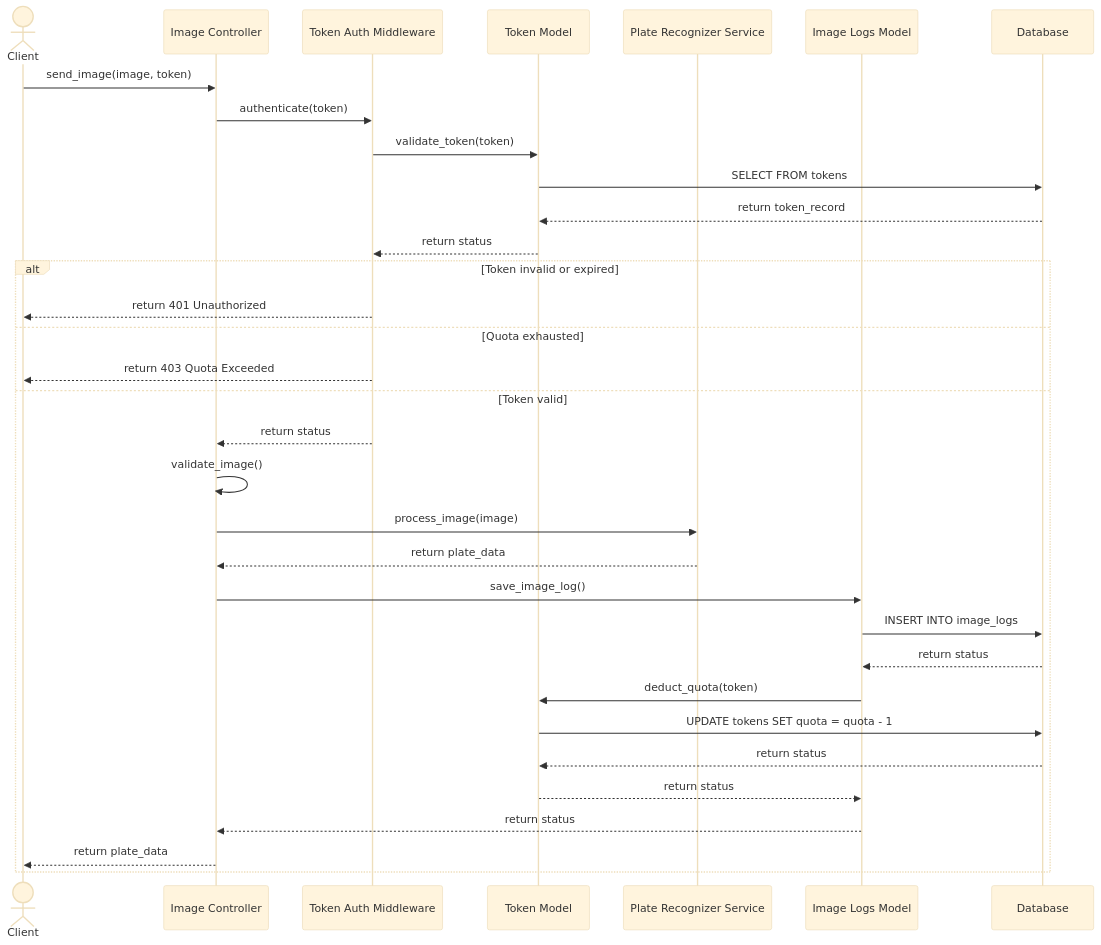
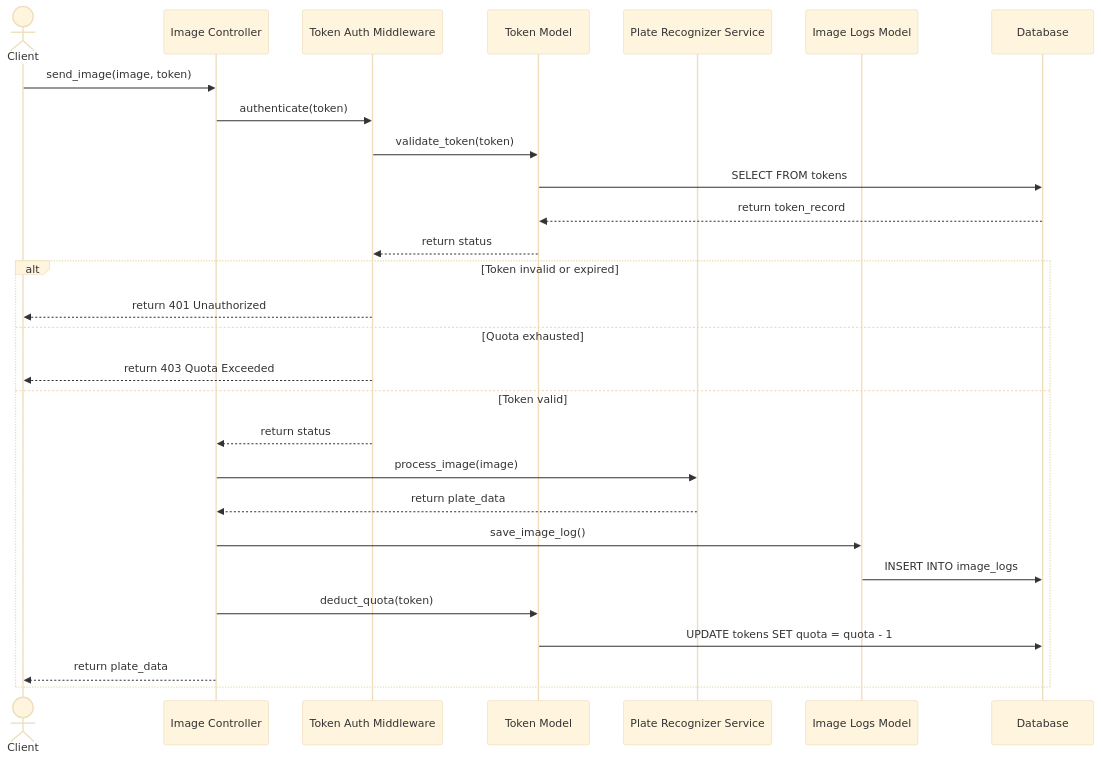
The ninth of 20 diagrams in SYSTEM_DIAGRAMS.md (Tanaphat-Ken/ALPR-V2), drawn with Mermaid (base theme) before and after one commit. The commit also changed other lines of this file, not shown here.

First line of the commit message:
docs: trim sequence diagrams and split combined flows into separate diagrams

````diff
--- a/SYSTEM_DIAGRAMS.md
+++ b/SYSTEM_DIAGRAMS.md
@@ -347,37 +351,32 @@
 ```mermaid
 sequenceDiagram
     actor Client
     participant ImageController as Image Controller
     participant TAM as Token Auth Middleware
     participant TokenModel as Token Model
     participant PR as Plate Recognizer Service
     participant ImageLogsModel as Image Logs Model
     participant DB as Database
 
     Client->>ImageController: send_image(image, token)
     ImageController->>TAM: authenticate(token)
     TAM->>TokenModel: validate_token(token)
     TokenModel->>DB: SELECT FROM tokens
     DB-->>TokenModel: return token_record
     TokenModel-->>TAM: return status
 
     alt Token invalid or expired
         TAM-->>Client: return 401 Unauthorized
     else Quota exhausted
         TAM-->>Client: return 403 Quota Exceeded
     else Token valid
         TAM-->>ImageController: return status
-        ImageController->>ImageController: validate_image()
         ImageController->>PR: process_image(image)
         PR-->>ImageController: return plate_data
         ImageController->>ImageLogsModel: save_image_log()
         ImageLogsModel->>DB: INSERT INTO image_logs
-        DB-->>ImageLogsModel: return status
-        ImageLogsModel->>TokenModel: deduct_quota(token)
+        ImageController->>TokenModel: deduct_quota(token)
         TokenModel->>DB: UPDATE tokens SET quota = quota - 1
-        DB-->>TokenModel: return status
-        TokenModel-->>ImageLogsModel: return status
-        ImageLogsModel-->>ImageController: return status
         ImageController-->>Client: return plate_data
     end
 ```
````
